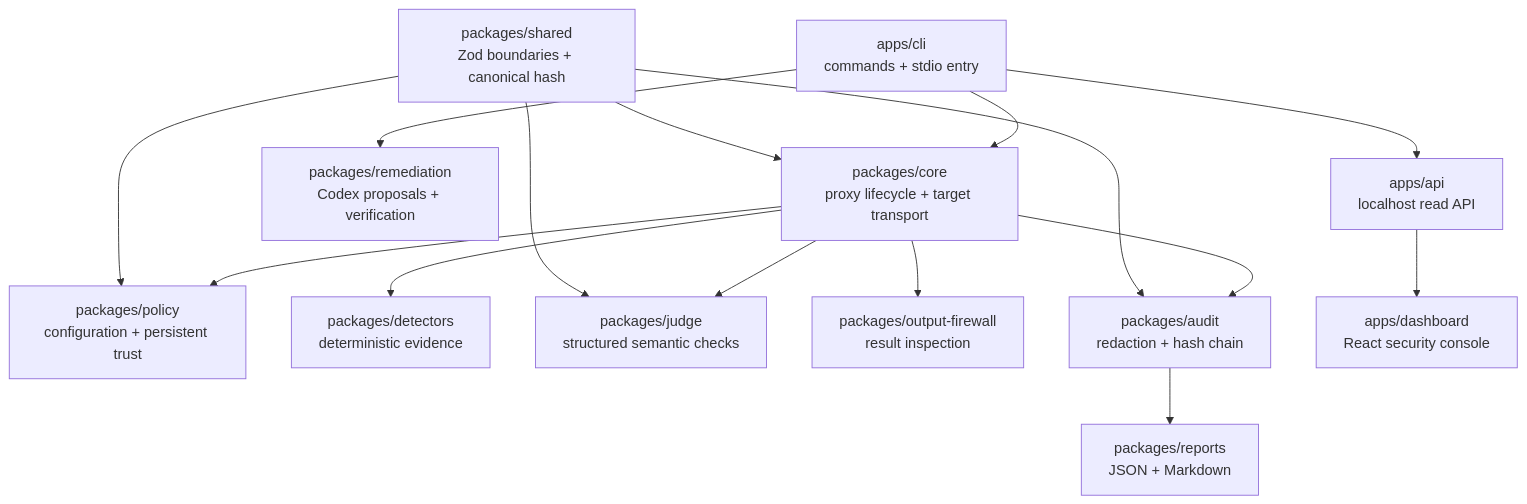
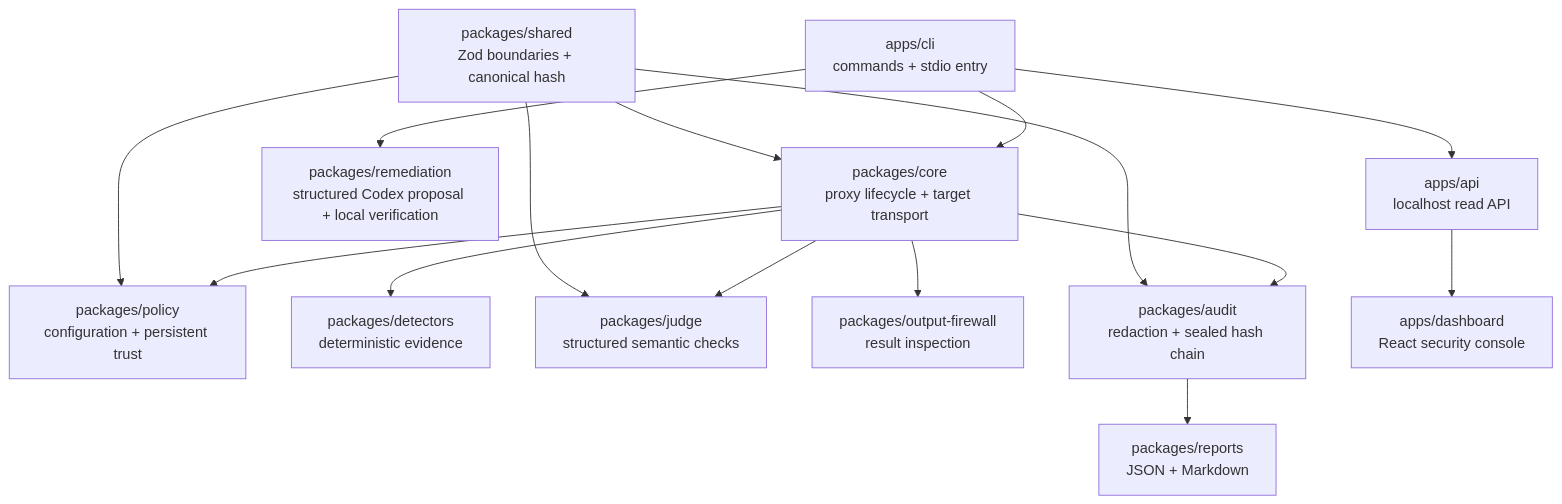
The second of 2 diagrams in docs/architecture.md (MaharMuavia/toolbastion), drawn with Mermaid before and after one commit. The commit also changed other lines of this file and 66 other files, not shown here.

````diff
--- a/docs/architecture.md
+++ b/docs/architecture.md
@@ -38,17 +39,17 @@
 ```mermaid
 flowchart TB
   CLI["apps/cli\ncommands + stdio entry"] --> CORE["packages/core\nproxy lifecycle + target transport"]
   CORE --> POLICY["packages/policy\nconfiguration + persistent trust"]
   CORE --> DET["packages/detectors\ndeterministic evidence"]
   CORE --> JUDGE["packages/judge\nstructured semantic checks"]
   CORE --> OUT["packages/output-firewall\nresult inspection"]
-  CORE --> AUDIT["packages/audit\nredaction + hash chain"]
+  CORE --> AUDIT["packages/audit\nredaction + sealed hash chain"]
   AUDIT --> REPORTS["packages/reports\nJSON + Markdown"]
-  CLI --> REM["packages/remediation\nCodex proposals + verification"]
+  CLI --> REM["packages/remediation\nstructured Codex proposal + local verification"]
   CLI --> API["apps/api\nlocalhost read API"]
   API --> UI["apps/dashboard\nReact security console"]
   SHARED["packages/shared\nZod boundaries + canonical hash"] --> CORE
   SHARED --> POLICY
   SHARED --> JUDGE
   SHARED --> AUDIT
 ```
````
